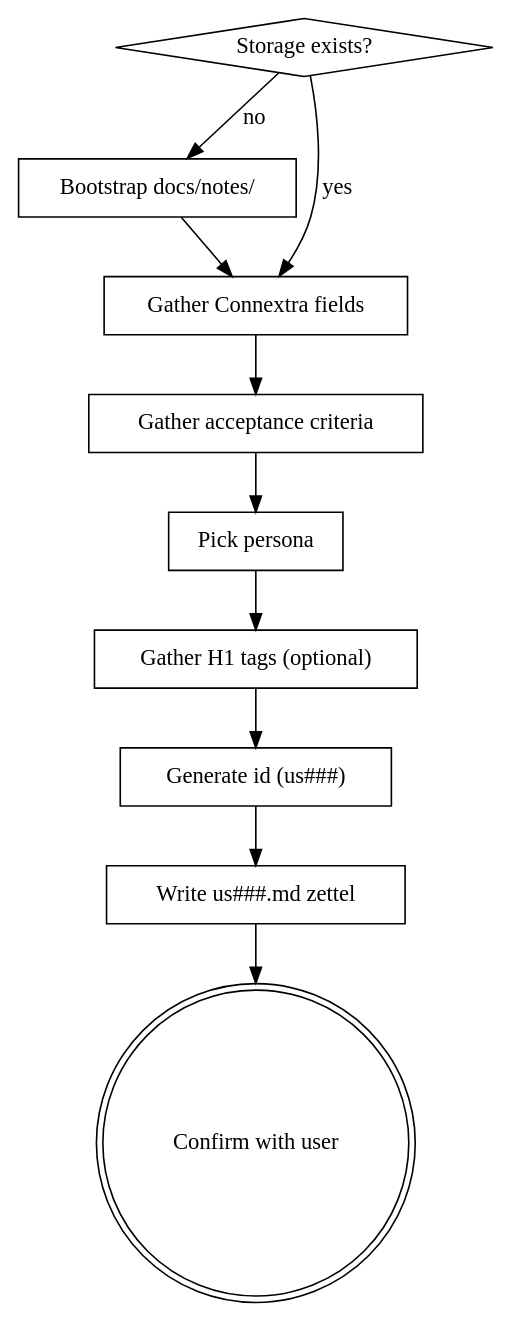
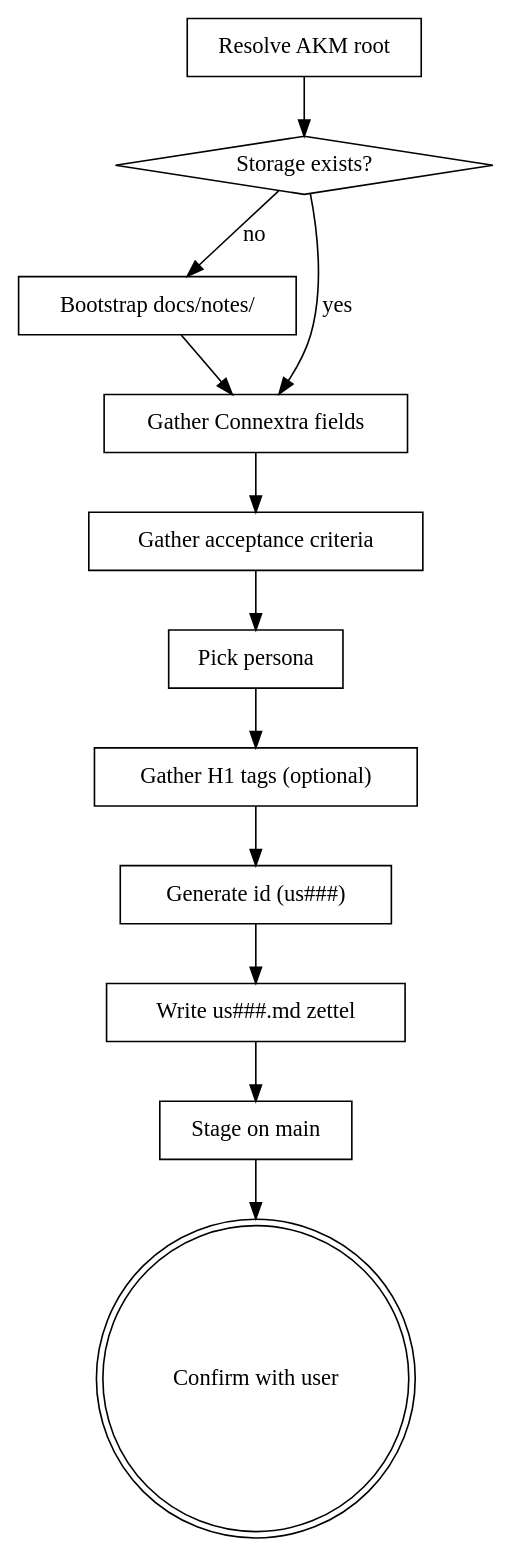
The diagram in claude/marketplace/plugins/infinifu/skills/story-write/SKILL.md (b3tchi/dotfiles), drawn with Graphviz before and after one commit. The commit also changed other lines of this file and 53 other files, not shown here.

````diff
--- a/claude/marketplace/plugins/infinifu/skills/story-write/SKILL.md
+++ b/claude/marketplace/plugins/infinifu/skills/story-write/SKILL.md
@@ -18,23 +18,27 @@
 ```dot
 digraph story_create {
+    "Resolve AKM root" [shape=box];
     "Storage exists?" [shape=diamond];
     "Bootstrap docs/notes/" [shape=box];
     "Gather Connextra fields" [shape=box];
     "Gather acceptance criteria" [shape=box];
     "Pick persona" [shape=box];
     "Gather H1 tags (optional)" [shape=box];
     "Generate id (us###)" [shape=box];
     "Write us###.md zettel" [shape=box];
+    "Stage on main" [shape=box];
     "Confirm with user" [shape=doublecircle];
 
+    "Resolve AKM root" -> "Storage exists?";
     "Storage exists?" -> "Bootstrap docs/notes/" [label="no"];
     "Storage exists?" -> "Gather Connextra fields" [label="yes"];
     "Bootstrap docs/notes/" -> "Gather Connextra fields";
     "Gather Connextra fields" -> "Gather acceptance criteria";
     "Gather acceptance criteria" -> "Pick persona";
     "Pick persona" -> "Gather H1 tags (optional)";
     "Gather H1 tags (optional)" -> "Generate id (us###)";
     "Generate id (us###)" -> "Write us###.md zettel";
-    "Write us###.md zettel" -> "Confirm with user";
+    "Write us###.md zettel" -> "Stage on main";
+    "Stage on main" -> "Confirm with user";
 }
 ```
````
